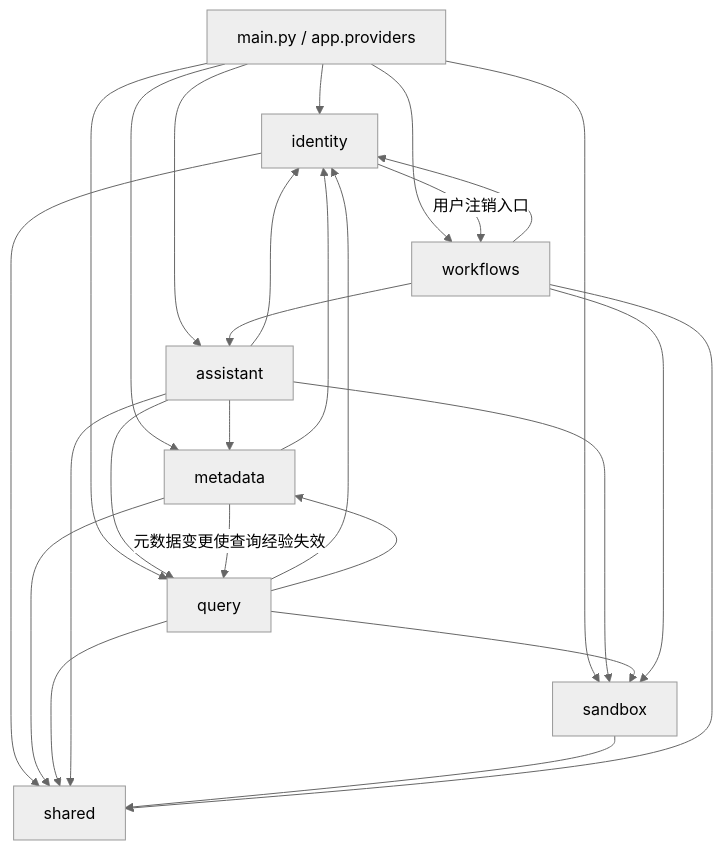
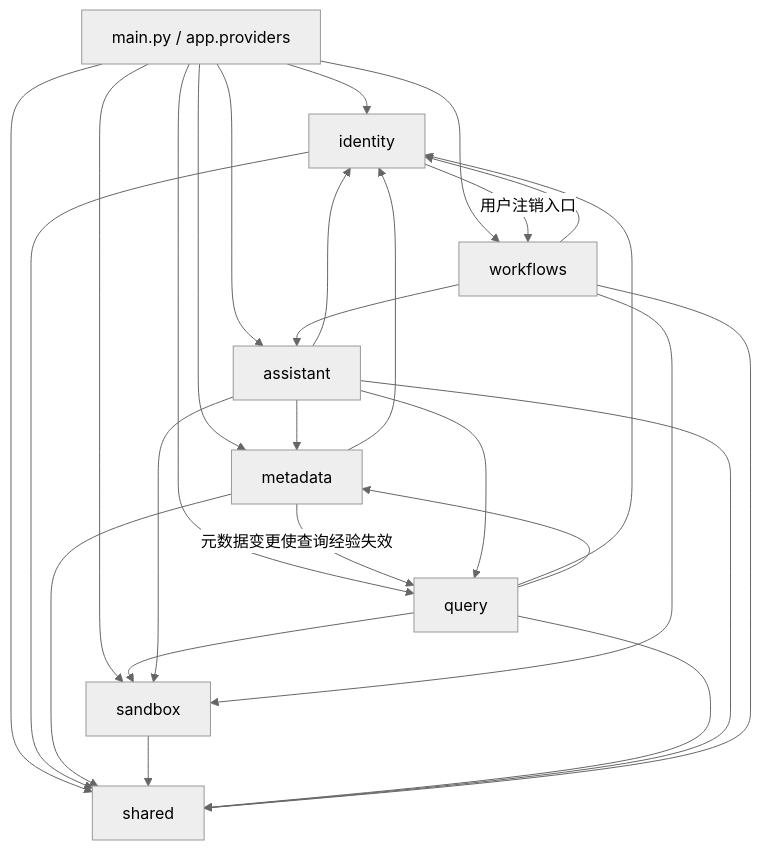
The second of 2 diagrams in docs/00_ARCHITECTURE_OVERVIEW.md (2739673455/dataagent), drawn with Mermaid (neutral theme) before and after one commit. The commit also changed other lines of this file and 15 other files, not shown here.

Commit message:
docs: expand module architecture guides

````diff
--- a/docs/00_ARCHITECTURE_OVERVIEW.md
+++ b/docs/00_ARCHITECTURE_OVERVIEW.md
@@ -647,33 +647,35 @@
 ```mermaid
 flowchart TD
-    ROOT[main.py / app.providers] --> ID[identity]
+    ROOT[main.py / app.providers] --> SHARED[shared]
+    ROOT --> ID[identity]
     ROOT --> META[metadata]
+    ROOT --> SANDBOX[sandbox]
     ROOT --> QUERY[query]
     ROOT --> ASSIST[assistant]
-    ROOT --> SANDBOX[sandbox]
     ROOT --> FLOW[workflows]
 
-    ASSIST --> ID
-    ASSIST --> META
-    ASSIST --> QUERY
-    ASSIST --> SANDBOX
+    ID --> SHARED
+    META --> SHARED
+    SANDBOX --> SHARED
+    QUERY --> SHARED
+    ASSIST --> SHARED
+    FLOW --> SHARED
+
+    ID -->|用户注销入口| FLOW
+
+    META --> ID
+    META -->|元数据变更使查询经验失效| QUERY
 
     QUERY --> ID
     QUERY --> META
     QUERY --> SANDBOX
 
-    META --> ID
-    META -->|元数据变更使查询经验失效| QUERY
+    ASSIST --> ID
+    ASSIST --> META
+    ASSIST --> SANDBOX
+    ASSIST --> QUERY
 
-    ID -->|用户注销入口| FLOW
     FLOW --> ID
+    FLOW --> SANDBOX
     FLOW --> ASSIST
-    FLOW --> SANDBOX
-
-    ID --> SHARED[shared]
-    META --> SHARED
-    QUERY --> SHARED
-    ASSIST --> SHARED
-    SANDBOX --> SHARED
-    FLOW --> SHARED
 ```
````
